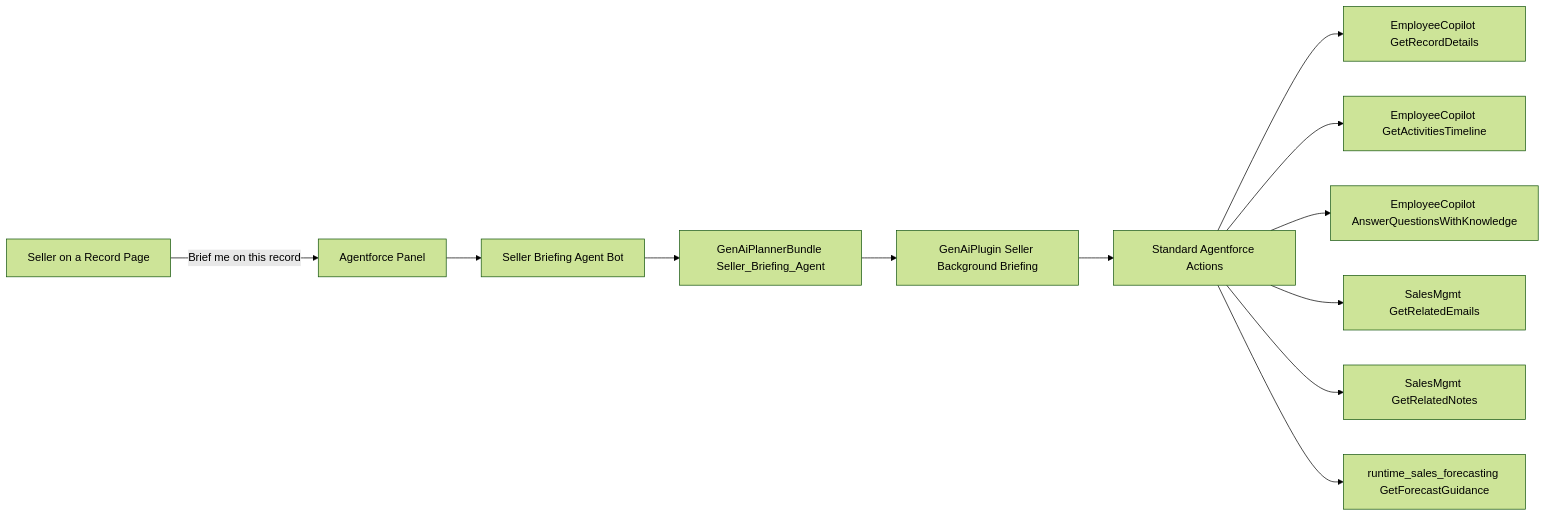
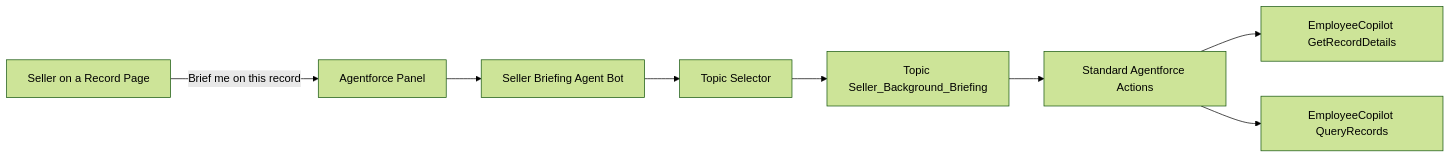
One commit to ajkraft/Agentforce-Quickstart-Seller-Briefing-Agent changed the diagram in README.md. Above: the diagram before and after it, drawn with Mermaid (forest theme). The commit also changed other lines of this file and 5 other files, not shown here.

````diff
--- a/README.md
+++ b/README.md
@@ -109,14 +117,10 @@
 ```mermaid
 flowchart LR
     SellerUser[Seller on a Record Page] -->|"Brief me on this record"| AgentforcePanel[Agentforce Panel]
     AgentforcePanel --> Bot[Seller Briefing Agent Bot]
-    Bot --> Planner[GenAiPlannerBundle Seller_Briefing_Agent]
-    Planner --> Topic[GenAiPlugin Seller Background Briefing]
+    Bot --> Planner[Topic Selector]
+    Planner --> Topic[Topic Seller_Background_Briefing]
     Topic --> StdActions[Standard Agentforce Actions]
     StdActions --> RecordDetails["EmployeeCopilot GetRecordDetails"]
-    StdActions --> Activities["EmployeeCopilot GetActivitiesTimeline"]
-    StdActions --> Knowledge["EmployeeCopilot AnswerQuestionsWithKnowledge"]
-    StdActions --> Emails["SalesMgmt GetRelatedEmails"]
-    StdActions --> Notes["SalesMgmt GetRelatedNotes"]
-    StdActions --> Forecast["runtime_sales_forecasting GetForecastGuidance"]
+    StdActions --> Query["EmployeeCopilot QueryRecords"]
 ```
````
